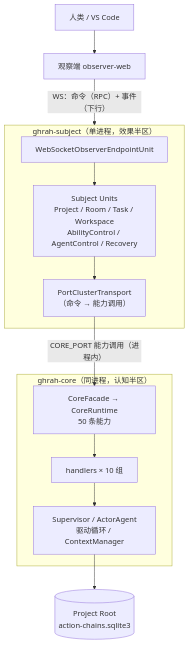
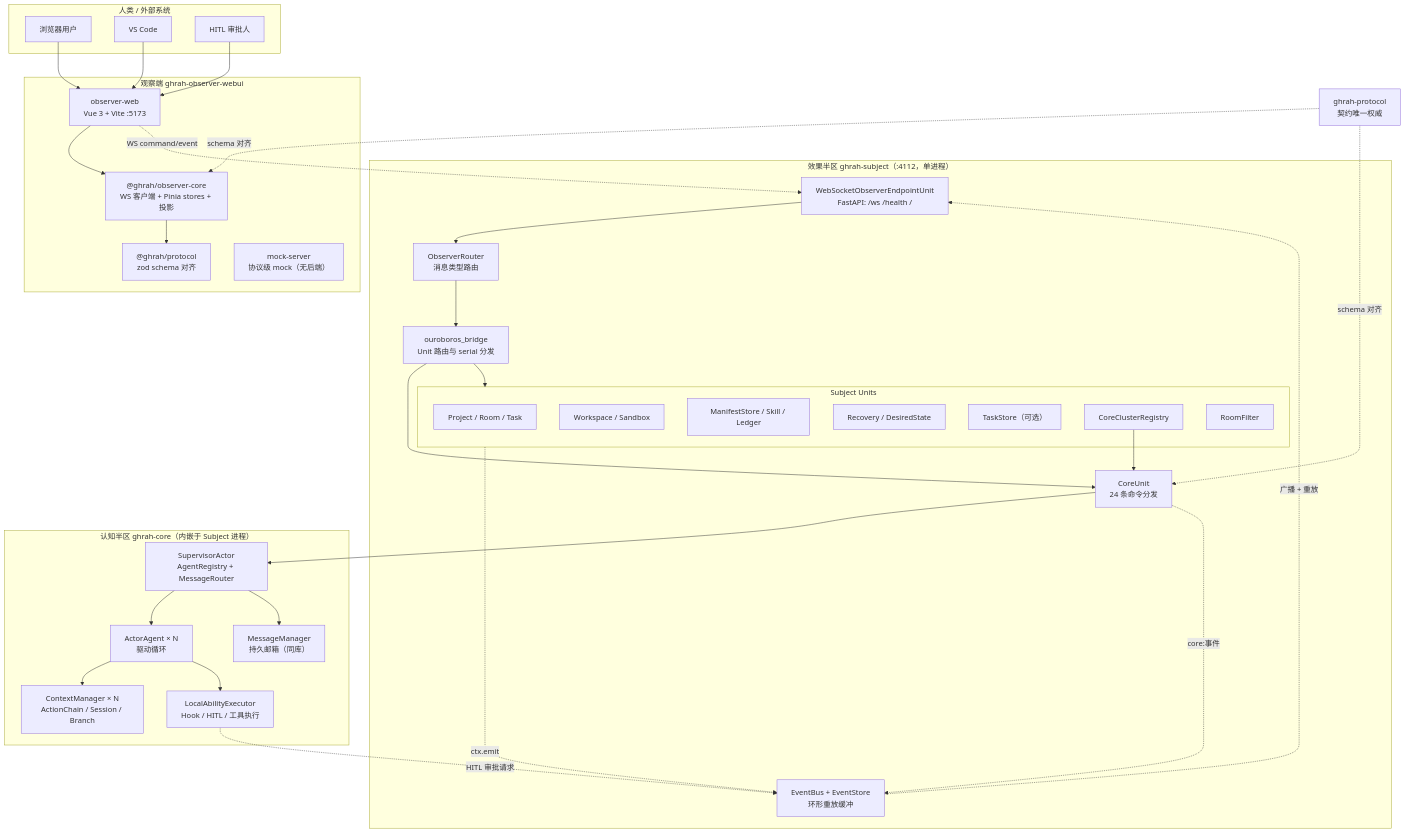
One commit to ghrah-org/ghrah-monorepo changed the first of 60 diagrams in docs/ARCHITECTURE.md. Above: the diagram before and after it, drawn with Mermaid. The commit also changed other lines of this file and 2 other files, not shown here.

````diff
--- a/docs/ARCHITECTURE.md
+++ b/docs/ARCHITECTURE.md
@@ -61,25 +90,67 @@
 ```mermaid
 graph TB
-    Human["人类 / VS Code"] --> WEB["观察端 observer-web"]
-    WEB -->|"WS：命令（RPC）+ 事件（下行）"| SUBJ
-
-    subgraph SUBJ["ghrah-subject（单进程，效果半区）"]
-        WSEnd["WebSocketObserverEndpointUnit"]
-        Units["Subject Units<br/>Project / Room / Task / Workspace<br/>AbilityControl / AgentControl / Recovery"]
-        XPort["PortClusterTransport<br/>（命令 → 能力调用）"]
-        WSEnd --> Units
-        Units --> XPort
+    subgraph 人类["人类 / 外部系统"]
+        User["浏览器用户"]
+        VSCode["VS Code"]
+        Human["HITL 审批人"]
     end
 
-    XPort -->|"CORE_PORT 能力调用（进程内）"| FACADE
-
-    subgraph CORE["ghrah-core（同进程，认知半区）"]
-        FACADE["CoreFacade → CoreRuntime<br/>50 条能力"]
-        H["handlers × 10 组"]
-        AG["Supervisor / ActorAgent<br/>驱动循环 / ContextManager"]
-        FACADE --> H
-        H --> AG
+    subgraph Observer["观察端 ghrah-observer-webui"]
+        Web["observer-web<br/>Vue 3 + Vite :5173"]
+        OCore["@ghrah/observer-core<br/>WS 客户端 + Pinia stores + 投影"]
+        TSProto["@ghrah/protocol<br/>zod schema 对齐"]
+        Mock["mock-server<br/>协议级 mock（无后端）"]
+        Web --> OCore
+        OCore --> TSProto
     end
 
-    AG --> DB[("Project Root<br/>action-chains.sqlite3")]
+    subgraph Subject["效果半区 ghrah-subject（:4112，单进程）"]
+        WSEnd["WebSocketObserverEndpointUnit<br/>FastAPI: /ws /health /"]
+        Router["ObserverRouter<br/>消息类型路由"]
+        Bus["EventBus + EventStore<br/>环形重放缓冲"]
+        Bridge["ouroboros_bridge<br/>Unit 路由与 serial 分发"]
+
+        subgraph Units["Subject Units"]
+            ProjU["Project / Room / Task"]
+            WsU["Workspace / Sandbox"]
+            ManU["ManifestStore / Skill / Ledger"]
+            RecU["Recovery / DesiredState"]
+            TS["TaskStore（可选）"]
+            RegU["CoreClusterRegistry"]
+            FilU["RoomFilter"]
+        end
+
+        RegU --> CoreU
+    end
+
+    subgraph CoreBox["认知半区 ghrah-core（内嵌于 Subject 进程）"]
+        CoreU["CoreUnit<br/>24 条命令分发"]
+        Sup["SupervisorActor<br/>AgentRegistry + MessageRouter"]
+        Agents["ActorAgent × N<br/>驱动循环"]
+        CM["ContextManager × N<br/>ActionChain / Session / Branch"]
+        Exec["LocalAbilityExecutor<br/>Hook / HITL / 工具执行"]
+        MM["MessageManager<br/>持久邮箱（同库）"]
+        CoreU --> Sup
+        Sup --> Agents
+        Agents --> CM
+        Agents --> Exec
+        Sup --> MM
+    end
+
+    Proto["ghrah-protocol<br/>契约唯一权威"]
+
+    User --> Web
+    VSCode --> Web
+    Human --> Web
+    Web -. "WS command/event" .-> WSEnd
+    WSEnd --> Router
+    Router --> Bridge
+    Bridge --> Units
+    Bridge --> CoreU
+    Units -. "ctx.emit" .-> Bus
+    CoreU -. "core:事件" .-> Bus
+    Bus -. "广播 + 重放" .-> WSEnd
+    Proto -. "schema 对齐" .-> OCore
+    Proto -. "schema 对齐" .-> CoreU
+    Exec -. "HITL 审批请求" .-> Bus
 ```
````
